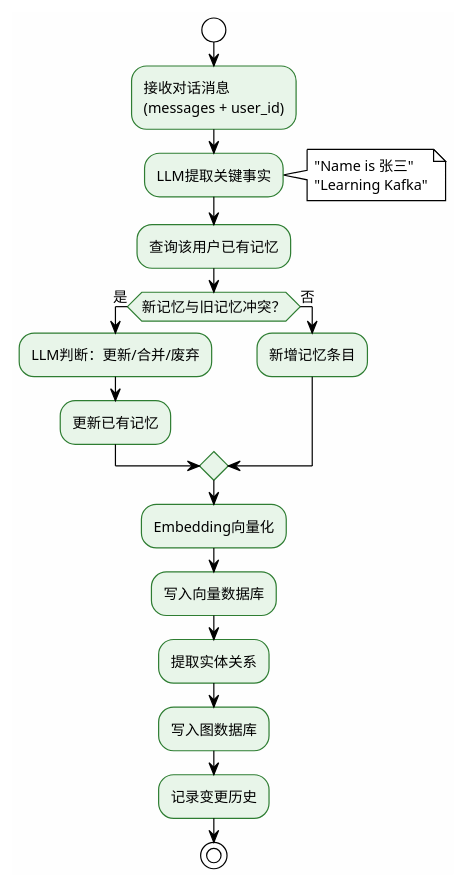
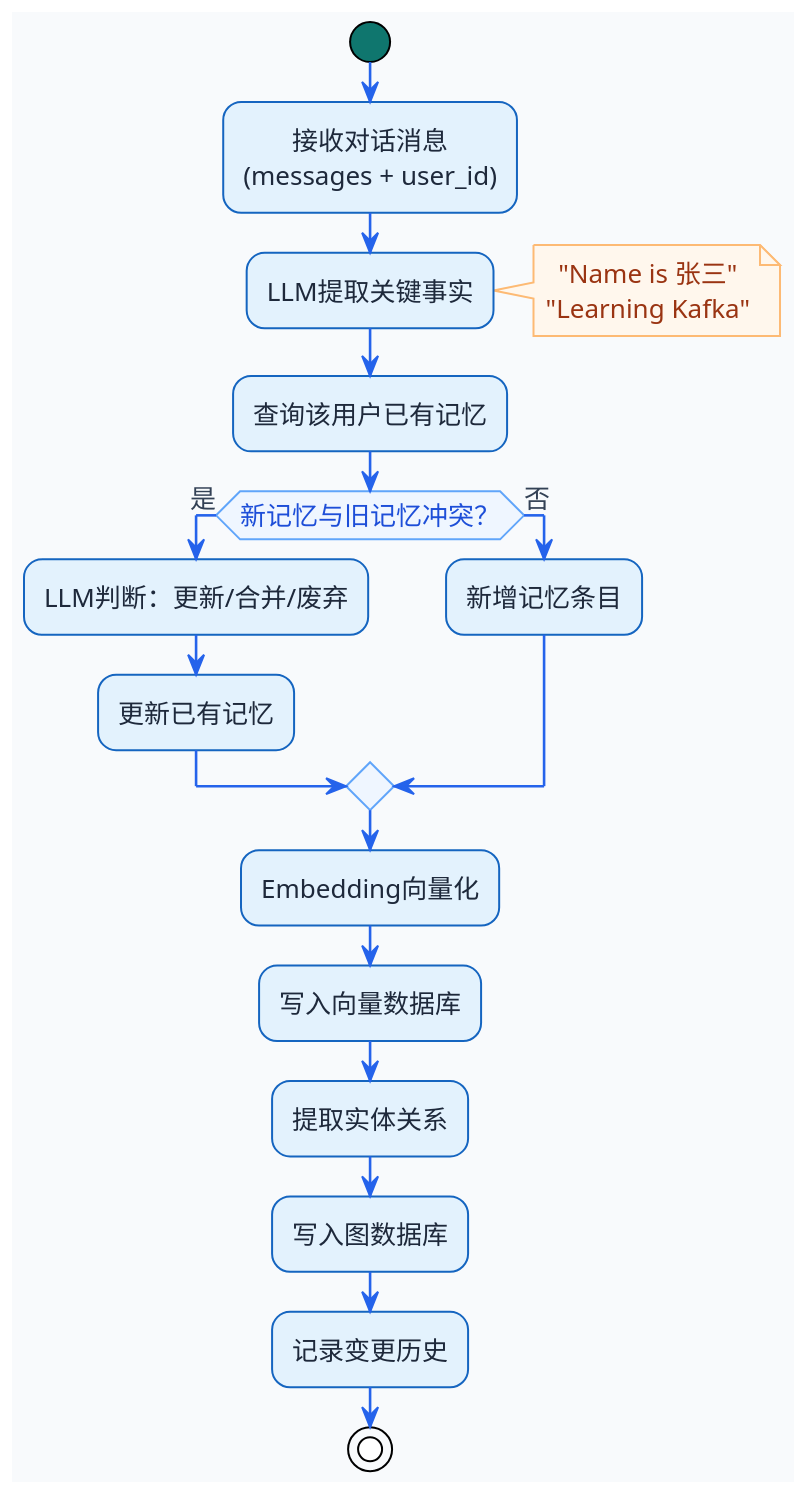
Before and after one commit to shining-stars-l/javaup: the second of 3 diagrams in docs/55-超级智能体/35-会话记忆的详细设计/04-长期记忆与Mem0框架详解.md, drawn with PlantUML. The commit also changed other lines of this file and 2 other files, not shown here.

````diff
--- a/docs/55-超级智能体/35-会话记忆的详细设计/04-长期记忆与Mem0框架详解.md
+++ b/docs/55-超级智能体/35-会话记忆的详细设计/04-长期记忆与Mem0框架详解.md
@@ -193,29 +187,53 @@
-```plantuml title="Mem0记忆添加流程" width="100%" align="left"
+```plantuml title="Mem0记忆添加流程" width="50%" align="left"
 @startuml
 !theme plain
-skinparam backgroundColor #FEFEFE
+skinparam backgroundColor #F8FAFC
+skinparam roundcorner 18
+skinparam shadowing false
 skinparam defaultFontName "Microsoft YaHei"
-skinparam defaultFontSize 12
-skinparam ActivityBackgroundColor #E8F5E9
-skinparam ActivityBorderColor #2E7D32
+skinparam defaultFontSize 13
+skinparam defaultTextAlignment center
+skinparam dpi 160
+skinparam ArrowColor #2563EB
+skinparam ArrowThickness 1.3
+skinparam ArrowFontColor #334155
+skinparam HyperlinkColor #2563EB
+
+skinparam note {
+  BackgroundColor #FFF7ED
+  BorderColor #FDBA74
+  FontColor #9A3412
+}
+
+skinparam activity {
+  BackgroundColor #E3F2FD
+  BorderColor #1565C0
+  FontColor #1E293B
+  StartColor #0F766E
+  EndColor #0F766E
+  BarColor #2563EB
+  DiamondBackgroundColor #EFF6FF
+  DiamondBorderColor #60A5FA
+  DiamondFontColor #1D4ED8
+}
 
 start
 :接收对话消息\n(messages + user_id);
 :LLM提取关键事实;
 note right: "Name is 张三"\n"Learning Kafka"
 :查询该用户已有记忆;
 if (新记忆与旧记忆冲突？) then (是)
   :LLM判断：更新/合并/废弃;
   :更新已有记忆;
 else (否)
   :新增记忆条目;
 endif
 :Embedding向量化;
 :写入向量数据库;
 :提取实体关系;
 :写入图数据库;
 :记录变更历史;
 stop
 
 @enduml
 ```
````
